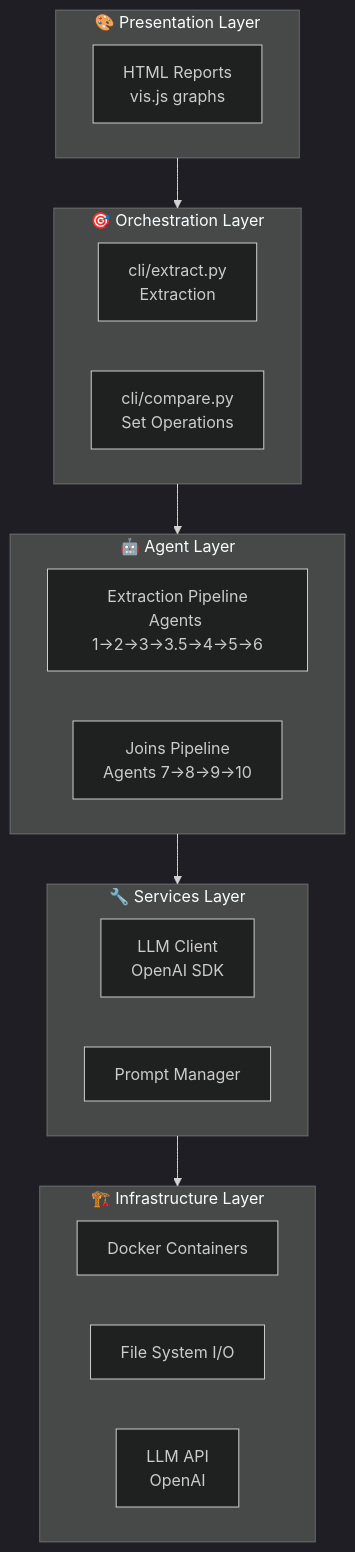
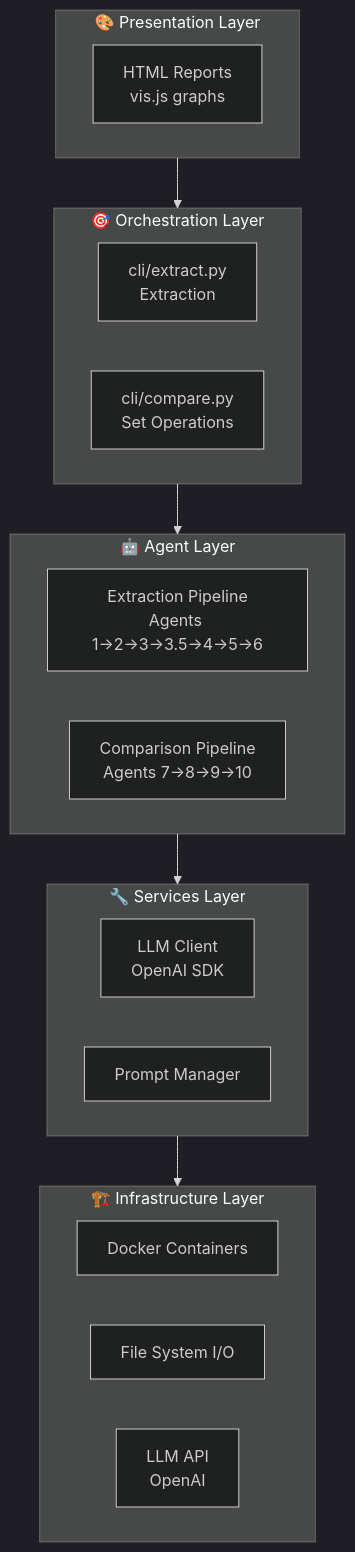
The second of 14 diagrams in apps/pipeline/docs/ARCHITECTURE.md (rrahimi-uci/policy-to-knowledge), drawn with Mermaid (dark theme) before and after one commit. The commit also changed other lines of this file and 24 other files, not shown here.

````diff
--- a/apps/pipeline/docs/ARCHITECTURE.md
+++ b/apps/pipeline/docs/ARCHITECTURE.md
@@ -40,33 +40,33 @@
 ```mermaid
 flowchart TB
     subgraph Presentation["🎨 Presentation Layer"]
         HTML[HTML Reports<br/>vis.js graphs]
     end
 
     subgraph Orchestration["🎯 Orchestration Layer"]
         MAIN[cli/extract.py<br/>Extraction]
-        JOINS[cli/compare.py<br/>Set Operations]
+        COMPARE[cli/compare.py<br/>Set Operations]
     end
 
     subgraph Agents["🤖 Agent Layer"]
         direction LR
         EXT[Extraction Pipeline<br/>Agents 1→2→3→3.5→4→5→6]
-        JOIN[Joins Pipeline<br/>Agents 7→8→9→10]
+        CMP[Comparison Pipeline<br/>Agents 7→8→9→10]
     end
 
     subgraph Services["🔧 Services Layer"]
         LLMC[LLM Client<br/>OpenAI SDK]
         PM[Prompt Manager]
     end
 
     subgraph Infrastructure["🏗️ Infrastructure Layer"]
         DOCKER[Docker Containers]
         FS[File System I/O]
         API[LLM API<br/>OpenAI]
     end
 
     Presentation --> Orchestration
     Orchestration --> Agents
     Agents --> Services
     Services --> Infrastructure
 ```
````
